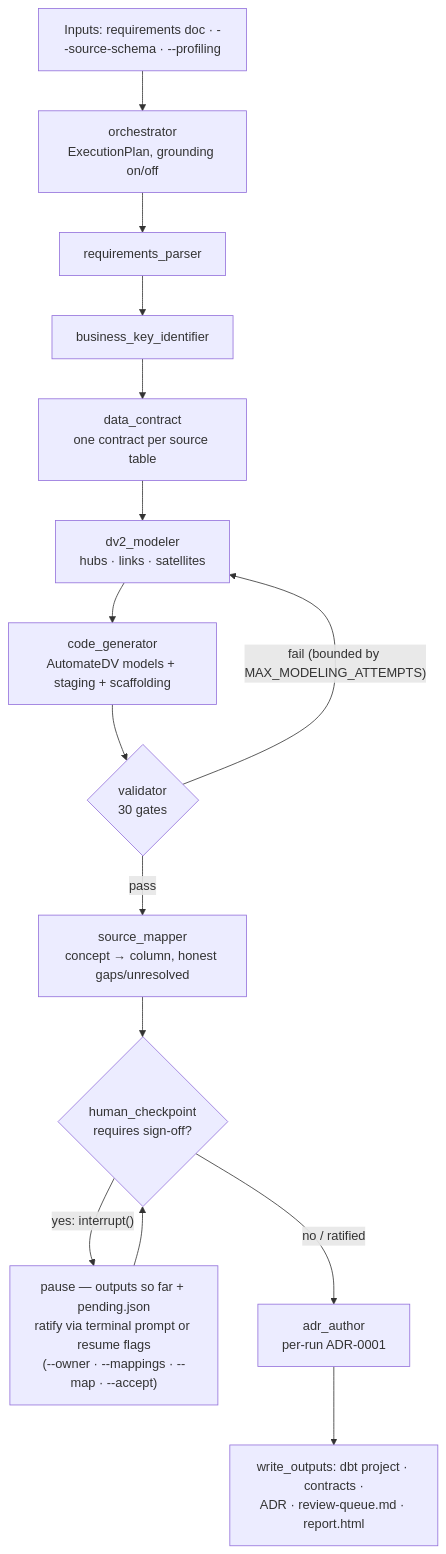
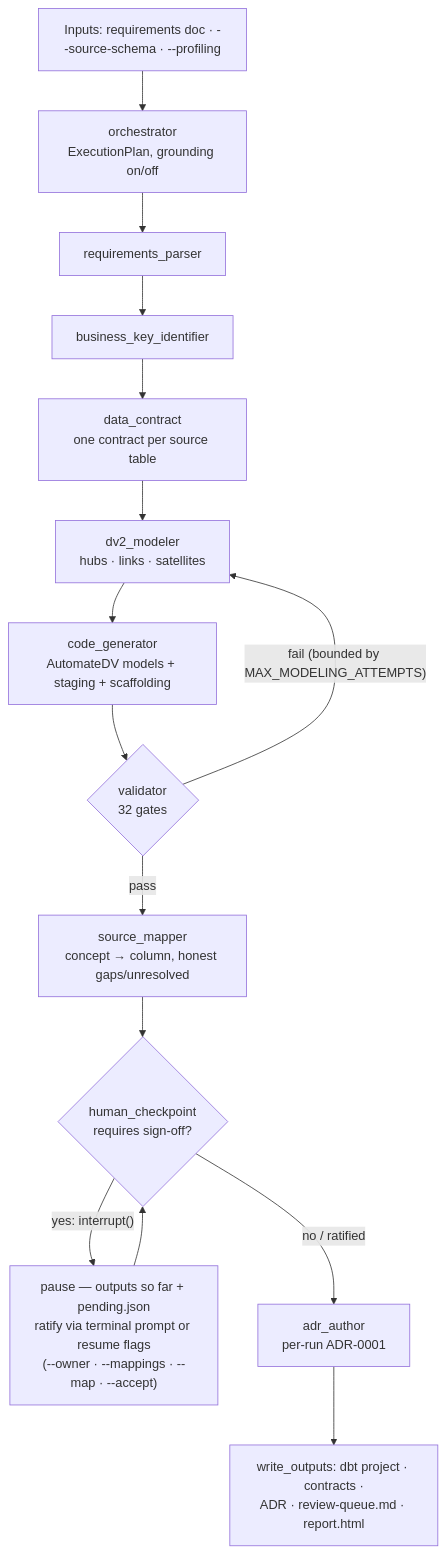
The second of 2 diagrams in docs/architecture/3-diagrams.md (mischa76/vault-agent), drawn with Mermaid before and after one commit. The commit also changed other lines of this file and 8 other files, not shown here.

````diff
--- a/docs/architecture/3-diagrams.md
+++ b/docs/architecture/3-diagrams.md
@@ -63,16 +63,16 @@
 ```mermaid
 flowchart TB
     IN["Inputs: requirements doc · --source-schema · --profiling"] --> OR["orchestrator<br/>ExecutionPlan, grounding on/off"]
     OR --> RP["requirements_parser"] --> BK["business_key_identifier"]
     BK --> DC["data_contract<br/>one contract per source table"]
     DC --> DM["dv2_modeler<br/>hubs · links · satellites"]
     DM --> CG["code_generator<br/>AutomateDV models + staging + scaffolding"]
-    CG --> VAL{"validator<br/>30 gates"}
+    CG --> VAL{"validator<br/>32 gates"}
     VAL -- "fail (bounded by MAX_MODELING_ATTEMPTS)" --> DM
     VAL -- pass --> SM["source_mapper<br/>concept → column, honest gaps/unresolved"]
     SM --> HC{"human_checkpoint<br/>requires sign-off?"}
     HC -- "yes: interrupt()" --> PAUSE["pause — outputs so far + pending.json<br/>ratify via terminal prompt or resume flags<br/>(--owner · --mappings · --map · --accept)"]
     PAUSE --> HC
     HC -- no / ratified --> AA["adr_author<br/>per-run ADR-0001"]
     AA --> OUT["write_outputs: dbt project · contracts ·<br/>ADR · review-queue.md · report.html"]
 ```
````
